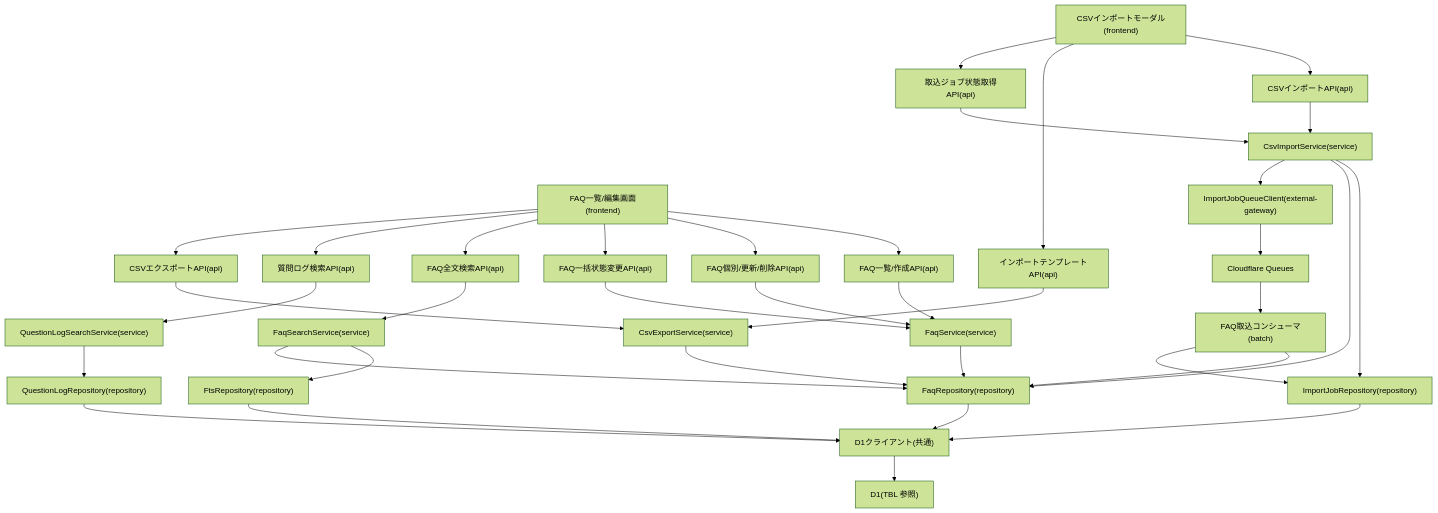
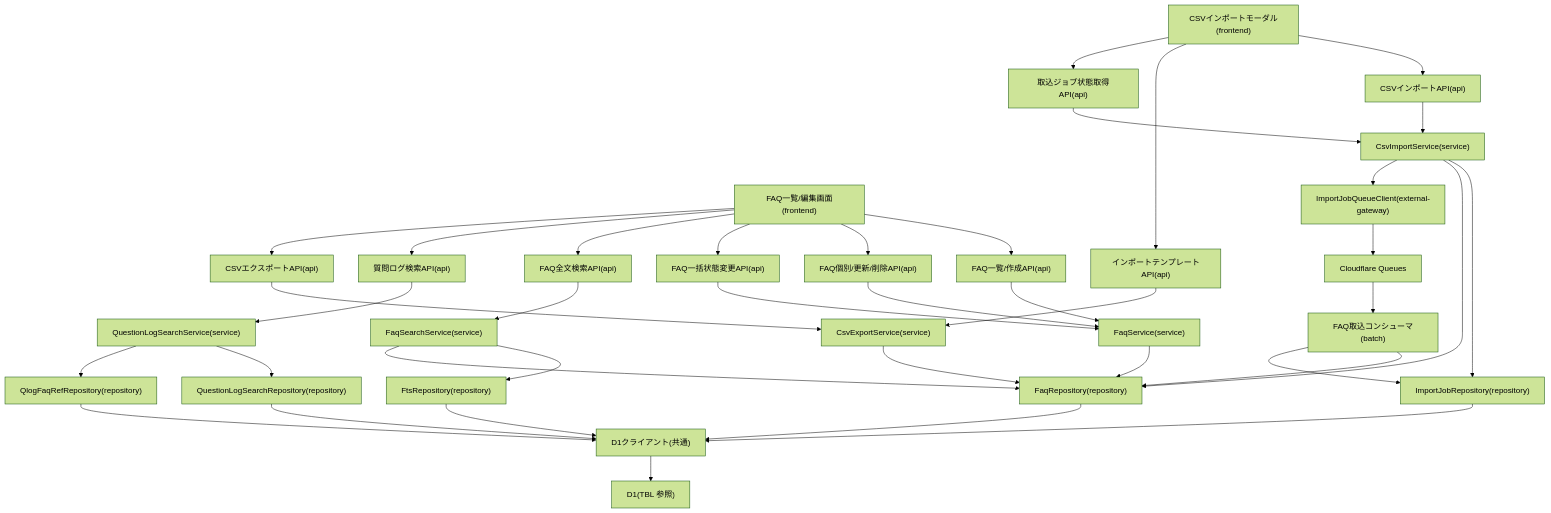
One commit to sikakou54/open-faq changed the diagram in 03_detail_design/11_module/MOD-006.md. Above: the diagram before and after it, drawn with Mermaid (forest theme). The commit also changed other lines of this file and 15 other files, not shown here.

````diff
--- a/03_detail_design/11_module/MOD-006.md
+++ b/03_detail_design/11_module/MOD-006.md
@@ -53,63 +54,66 @@
 ```mermaid
 flowchart TB
     M01["FAQ一覧/編集画面(frontend)"]
     M02["CSVインポートモーダル(frontend)"]
     M03["FAQ一覧/作成API(api)"]
     M04["FAQ個別/更新/削除API(api)"]
     M05["FAQ一括状態変更API(api)"]
     M06["FAQ全文検索API(api)"]
     M07["質問ログ検索API(api)"]
     M08["CSVインポートAPI(api)"]
     M09["インポートテンプレートAPI(api)"]
     M10["CSVエクスポートAPI(api)"]
     M11["取込ジョブ状態取得API(api)"]
     M12["FaqService(service)"]
     M13["FaqSearchService(service)"]
     M14["QuestionLogSearchService(service)"]
     M15["CsvImportService(service)"]
     M16["CsvExportService(service)"]
     M17["FaqRepository(repository)"]
     M18["FtsRepository(repository)"]
-    M19["QuestionLogRepository(repository)"]
+    M19["QuestionLogSearchRepository(repository)"]
+    M19b["QlogFaqRefRepository(repository)"]
     M20["ImportJobRepository(repository)"]
     M21["D1クライアント(共通)"]
     M22["ImportJobQueueClient(external-gateway)"]
     Q["Cloudflare Queues"]
     M23["FAQ取込コンシューマ(batch)"]
     DB["D1(TBL 参照)"]
     M01 --> M03
     M01 --> M04
     M01 --> M05
     M01 --> M06
     M01 --> M07
     M02 --> M08
     M02 --> M09
     M02 --> M11
     M01 --> M10
     M03 --> M12
     M04 --> M12
     M05 --> M12
     M06 --> M13
     M07 --> M14
     M08 --> M15
     M09 --> M16
     M10 --> M16
     M11 --> M15
     M12 --> M17
     M13 --> M18
     M13 --> M17
     M14 --> M19
+    M14 --> M19b
     M15 --> M20
     M15 --> M17
     M15 --> M22
     M16 --> M17
     M17 --> M21
     M18 --> M21
     M19 --> M21
+    M19b --> M21
     M20 --> M21
     M21 --> DB
     M22 --> Q
     Q --> M23
     M23 --> M17
     M23 --> M20
 ```
````
